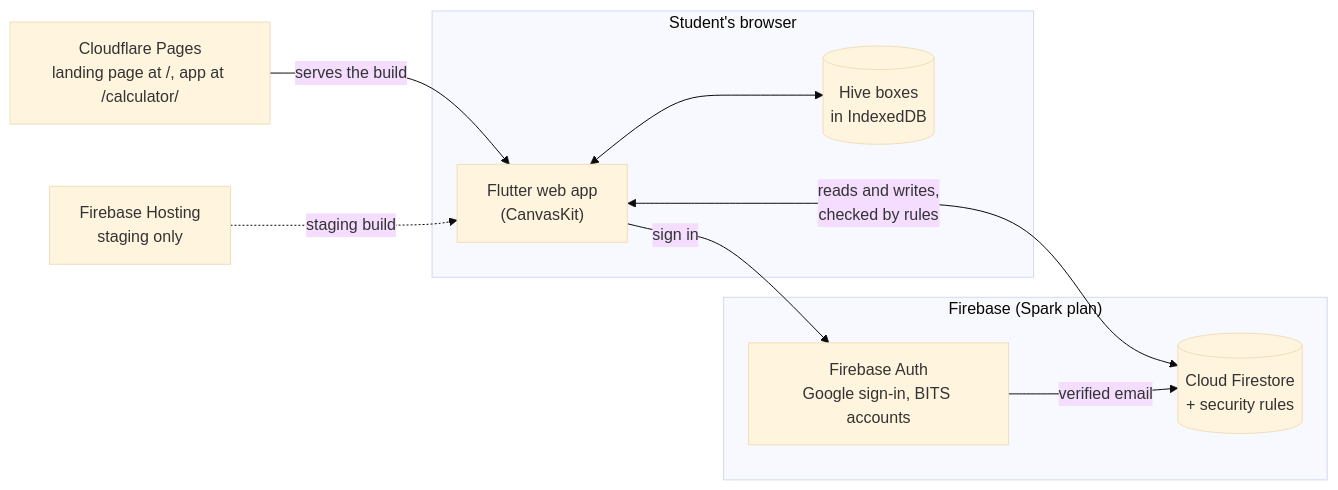
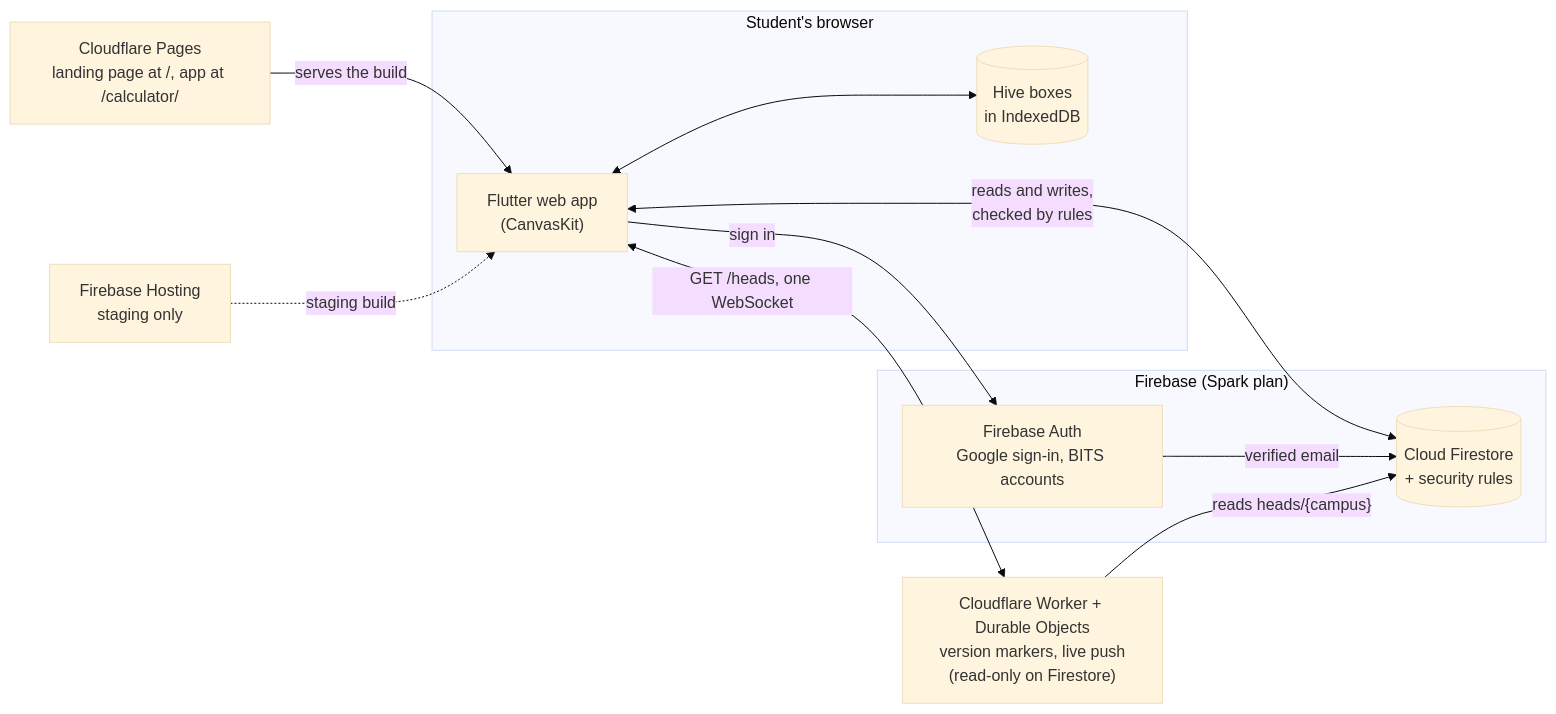
Before and after one commit to e-iotapi/CGPA_Calculator: the first of 12 diagrams in docs/ARCHITECTURE.md, drawn with Mermaid (base theme). The commit also changed other lines of this file and 2 other files, not shown here.

First line of the commit message:
Docs: diagrams and loading design after the final review (worker, live sync, no spinners, cost limits, marker rules)

````diff
--- a/docs/ARCHITECTURE.md
+++ b/docs/ARCHITECTURE.md
@@ -28,22 +28,25 @@
 ```mermaid
 flowchart LR
   subgraph Browser["Student's browser"]
     App["Flutter web app<br/>(CanvasKit)"]
     Hive[("Hive boxes<br/>in IndexedDB")]
     App <--> Hive
   end
 
   subgraph Firebase["Firebase (Spark plan)"]
     Auth["Firebase Auth<br/>Google sign-in, BITS accounts"]
     FS[("Cloud Firestore<br/>+ security rules")]
   end
 
   CF["Cloudflare Pages<br/>landing page at /, app at /calculator/"]
   FH["Firebase Hosting<br/>staging only"]
+  W["Cloudflare Worker + Durable Objects<br/>version markers, live push<br/>(read-only on Firestore)"]
 
   CF -- "serves the build" --> App
   FH -. "staging build" .-> App
   App -- "sign in" --> Auth
   App <-- "reads and writes,<br/>checked by rules" --> FS
   Auth -- "verified email" --> FS
+  App <-- "GET /heads, one WebSocket" --> W
+  W -- "reads heads/{campus}" --> FS
 ```
````
